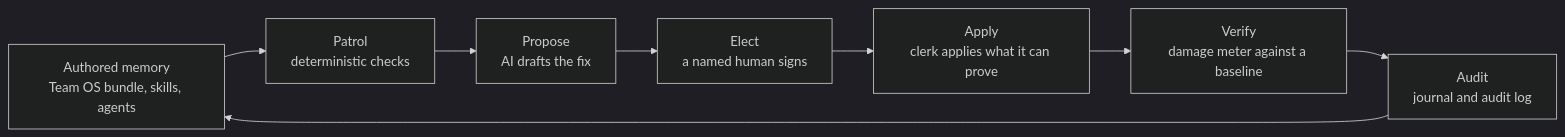
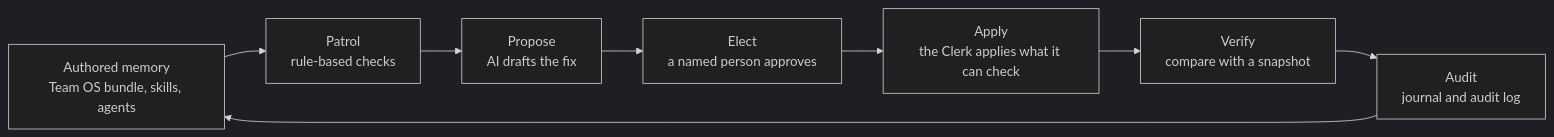
One commit to cla1redonald/kernel-keeper changed the diagram in README.md. Above: the diagram before and after it, drawn with Mermaid (dark theme). The commit also changed other lines of this file and 7 other files, not shown here.

````diff
--- a/README.md
+++ b/README.md
@@ -20,10 +20,10 @@
 ```mermaid
 flowchart LR
-  M["Authored memory<br/>Team OS bundle, skills, agents"] --> P["Patrol<br/>deterministic checks"]
+  M["Authored memory<br/>Team OS bundle, skills, agents"] --> P["Patrol<br/>rule-based checks"]
   P --> R["Propose<br/>AI drafts the fix"]
-  R --> E["Elect<br/>a named human signs"]
-  E --> A["Apply<br/>clerk applies what it can prove"]
-  A --> V["Verify<br/>damage meter against a baseline"]
+  R --> E["Elect<br/>a named person approves"]
+  E --> A["Apply<br/>the Clerk applies what it can check"]
+  A --> V["Verify<br/>compare with a snapshot"]
   V --> U["Audit<br/>journal and audit log"]
   U --> M
 ```
````
